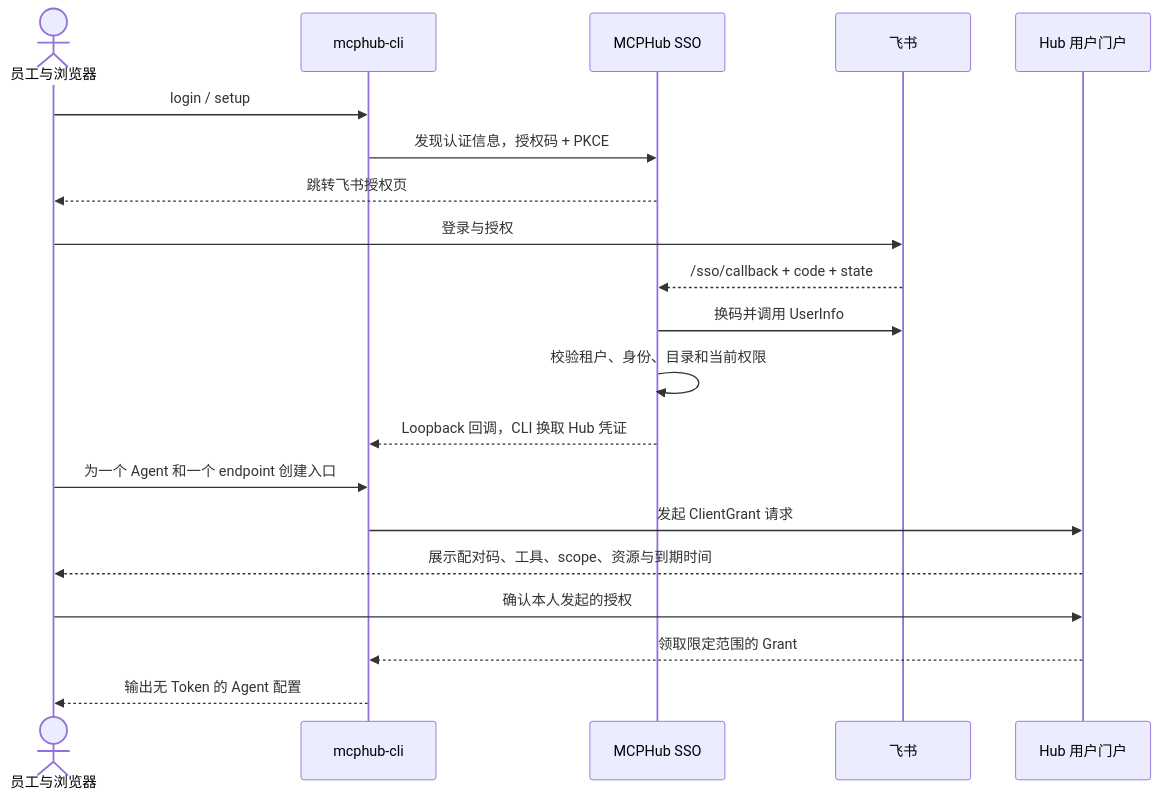
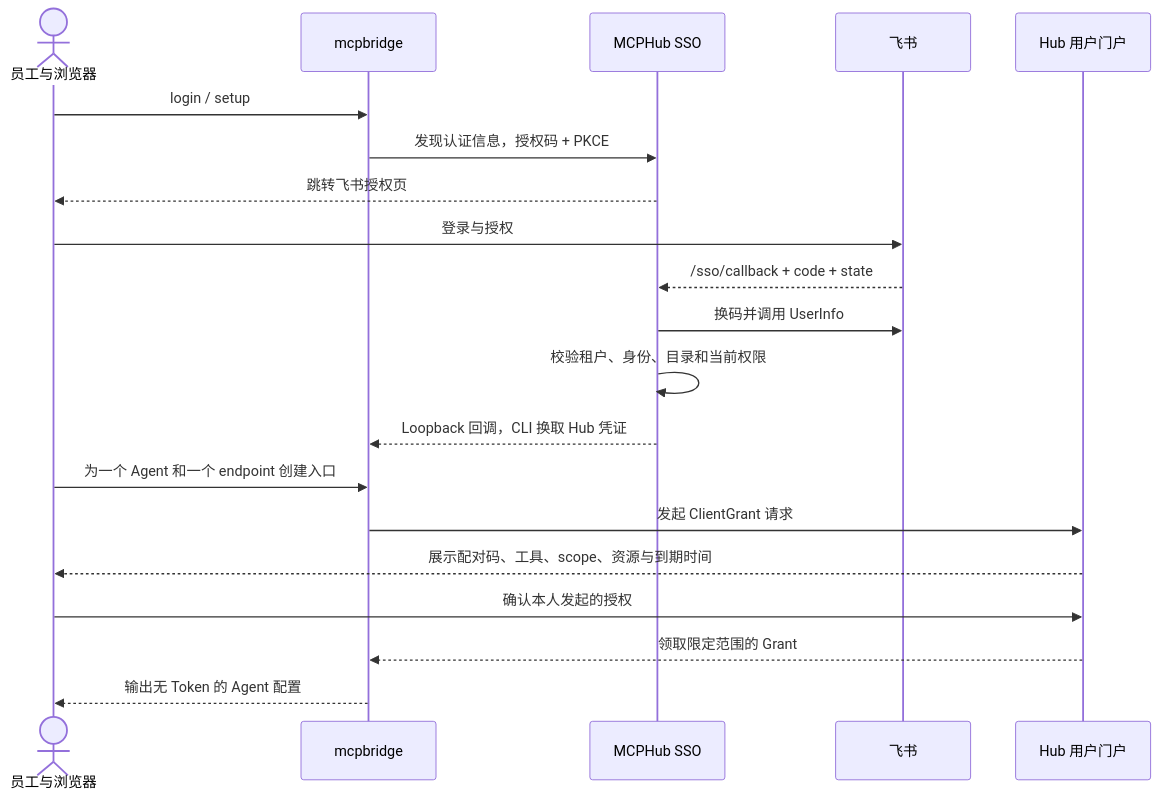
Before and after one commit to SamuelSupe/mcphub: the second of 4 diagrams in docs/feishu-vault-agent-architecture.zh-CN.md, drawn with Mermaid. The commit also changed other lines of this file and 80 other files, not shown here.

````diff
--- a/docs/feishu-vault-agent-architecture.zh-CN.md
+++ b/docs/feishu-vault-agent-architecture.zh-CN.md
@@ -186,22 +186,22 @@
 ```mermaid
 sequenceDiagram
     actor U as 员工与浏览器
-    participant L as mcphub-cli
+    participant L as mcpbridge
     participant H as MCPHub SSO
     participant F as 飞书
     participant P as Hub 用户门户
     U->>L: login / setup
     L->>H: 发现认证信息，授权码 + PKCE
     H-->>U: 跳转飞书授权页
     U->>F: 登录与授权
     F-->>H: /sso/callback + code + state
     H->>F: 换码并调用 UserInfo
     H->>H: 校验租户、身份、目录和当前权限
     H-->>L: Loopback 回调，CLI 换取 Hub 凭证
     U->>L: 为一个 Agent 和一个 endpoint 创建入口
     L->>P: 发起 ClientGrant 请求
     P-->>U: 展示配对码、工具、scope、资源与到期时间
     U->>P: 确认本人发起的授权
     P-->>L: 领取限定范围的 Grant
     L-->>U: 输出无 Token 的 Agent 配置
 ```
````
